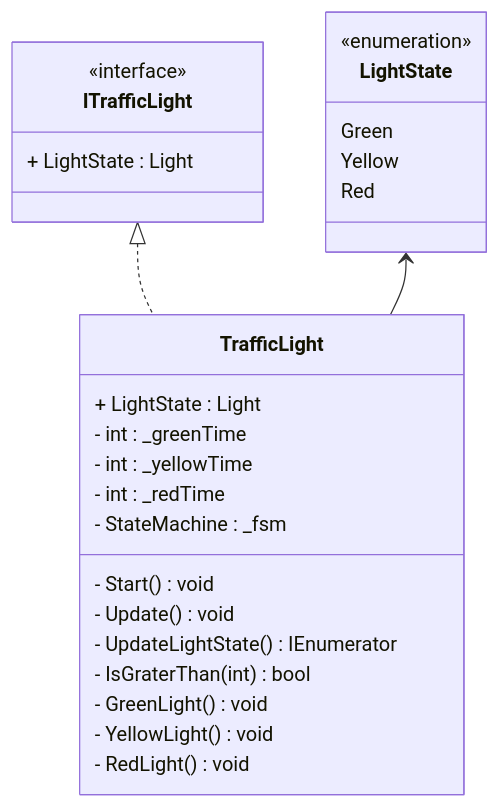
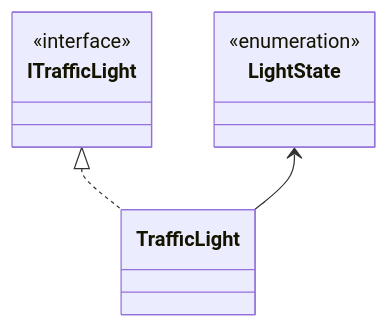
One commit to bryanb619/Sim-City changed the diagram in README.md. Above: the diagram before and after it, drawn with Mermaid.

Commit message:
Fix: undo full UML => Add Simple UML

````diff
--- a/README.md
+++ b/README.md
@@ -39,50 +57,15 @@
 ```mermaid
 
 classDiagram
 
     ITrafficLight          <|.. TrafficLight
     LightState             <--  TrafficLight
 
 
-
-
     class ITrafficLight
     <<interface>> ITrafficLight
 
     class LightState
     <<enumeration>> LightState 
 
-
-
-    class ITrafficLight{
-        + LightState :          Light
-
-    }
-
-     class LightState{
-        Green
-        Yellow
-        Red
-
-    }
-
-
-    class TrafficLight{
-        + LightState :          Light
-        - int :                 _greenTime
-        - int :                 _yellowTime
-        - int :                 _redTime
-        - StateMachine :        _fsm
-
-        - Start()               void   
-        - Update()              void
-        - UpdateLightState()    IEnumerator
-        - IsGraterThan(int)     bool
-
-        - GreenLight()          void
-        - YellowLight()         void
-        - RedLight()            void
-    }
-
-  
 ```
````
